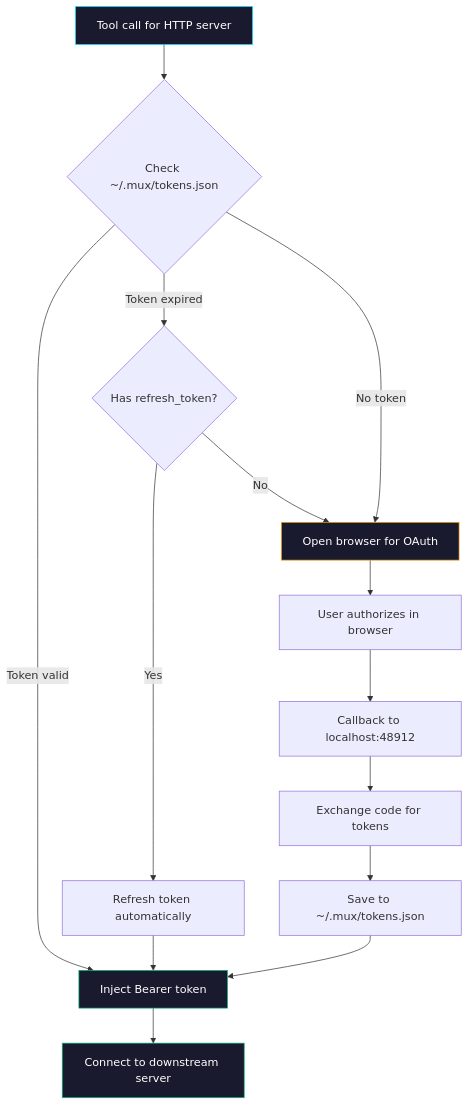
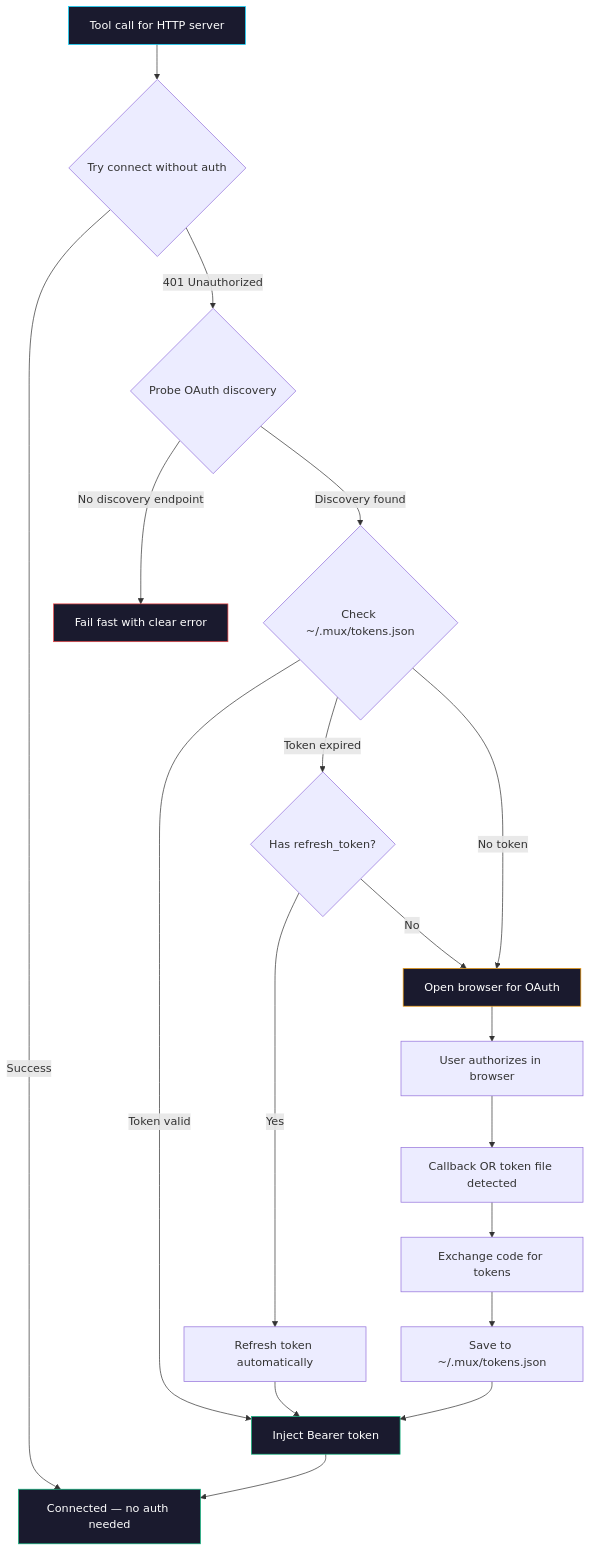
One commit to BhavanPatel/mux-mcp-gateway changed the diagram in docs/auth.md. Above: the diagram before and after it, drawn with Mermaid. The commit also changed other lines of this file and 31 other files, not shown here.

First line of the commit message:
feat: smart OAuth detection, early auth resolution, countdown timer + lint/test infrastructure

````diff
--- a/docs/auth.md
+++ b/docs/auth.md
@@ -5,21 +5,26 @@
 ```mermaid
 flowchart TD
-    A[Tool call for HTTP server] --> B{Check ~/.mux/tokens.json}
+    A[Tool call for HTTP server] --> B0{Try connect without auth}
+    B0 -->|Success| K[Connected — no auth needed]
+    B0 -->|401 Unauthorized| B1{Probe OAuth discovery}
+    B1 -->|No discovery endpoint| ERR[Fail fast with clear error]
+    B1 -->|Discovery found| B{Check ~/.mux/tokens.json}
     B -->|Token valid| F[Inject Bearer token]
     B -->|Token expired| C{Has refresh_token?}
     B -->|No token| E[Open browser for OAuth]
     C -->|Yes| D[Refresh token automatically]
     C -->|No| E
     D --> F
     E --> G[User authorizes in browser]
-    G --> H[Callback to localhost:48912]
+    G --> H[Callback OR token file detected]
     H --> I[Exchange code for tokens]
     I --> J[Save to ~/.mux/tokens.json]
     J --> F
-    F --> K[Connect to downstream server]
+    F --> K
 
     style A fill:#1a1a2e,stroke:#00d4ff,color:#fff
     style F fill:#1a1a2e,stroke:#10b981,color:#fff
     style K fill:#1a1a2e,stroke:#10b981,color:#fff
     style E fill:#1a1a2e,stroke:#f59e0b,color:#fff
+    style ERR fill:#1a1a2e,stroke:#ef4444,color:#fff
 ```
````
